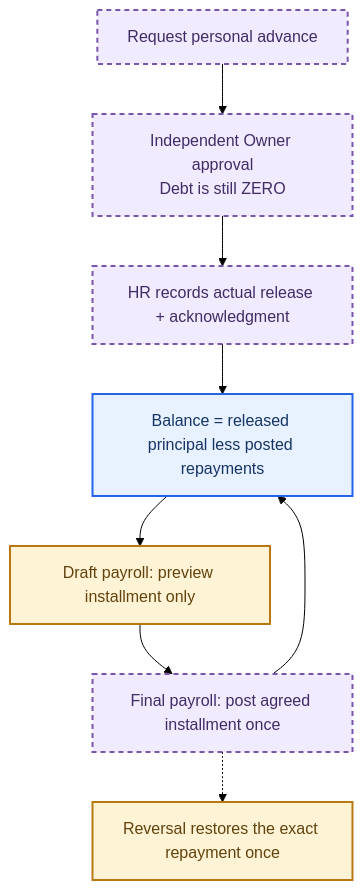
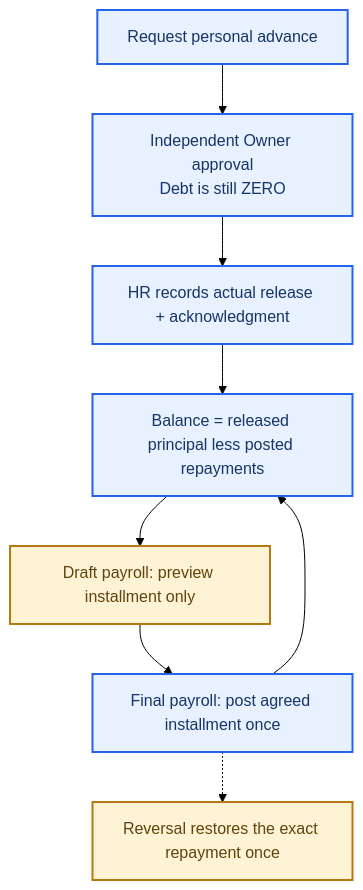
The fifth of 6 diagrams in docs/decisions/financial-policies.md (DanielVilla1/BM_Enterprises_Integration), drawn with Mermaid (forest theme) before and after one commit. The commit also changed other lines of this file and 104 other files, not shown here.

````diff
--- a/docs/decisions/financial-policies.md
+++ b/docs/decisions/financial-policies.md
@@ -200,15 +209,14 @@
 ```mermaid
 flowchart TB
     accTitle: Personal advances only become debt on release
     accDescr: Approval creates no debt; actual release changes the balance and finalized payroll posts agreed repayments.
-    request["Request personal advance"]:::planned --> approve["Independent Owner approval<br/>Debt is still ZERO"]:::planned
-    approve --> release["HR records actual release + acknowledgment"]:::planned
+    request["Request personal advance"]:::action --> approve["Independent Owner approval<br/>Debt is still ZERO"]:::action
+    approve --> release["HR records actual release + acknowledgment"]:::action
     release --> balance["Balance = released principal less posted repayments"]:::action
     balance --> draft["Draft payroll: preview installment only"]:::wait
-    draft --> final["Final payroll: post agreed installment once"]:::planned
+    draft --> final["Final payroll: post agreed installment once"]:::action
     final --> balance
     final -.-> reverse["Reversal restores the exact repayment once"]:::wait
     classDef action fill:#e8f1ff,stroke:#2563eb,color:#163566,stroke-width:2px
     classDef wait fill:#fff3d6,stroke:#b77910,color:#62420d,stroke-width:2px
-    classDef planned fill:#f0ebff,stroke:#7856ad,color:#412c65,stroke-width:2px,stroke-dasharray:5 4
 ```
````
